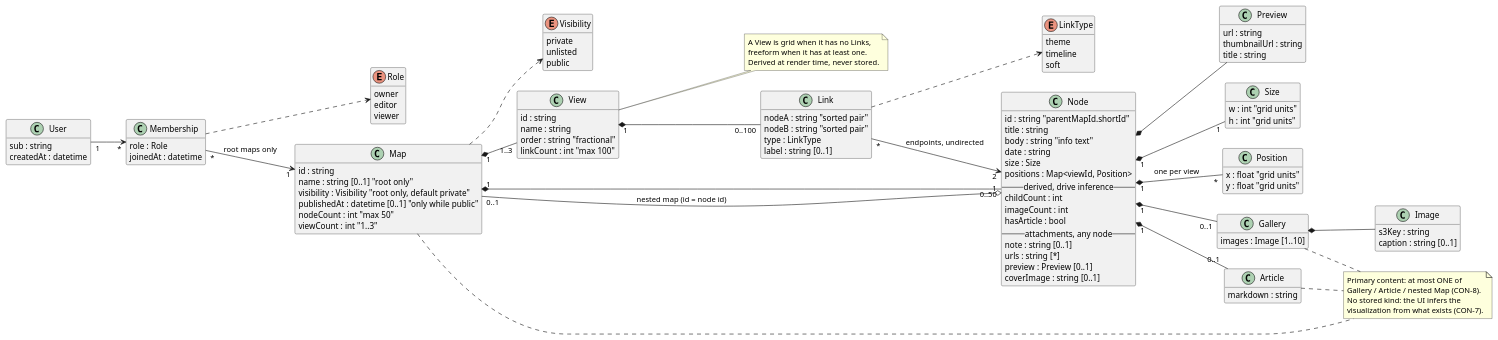
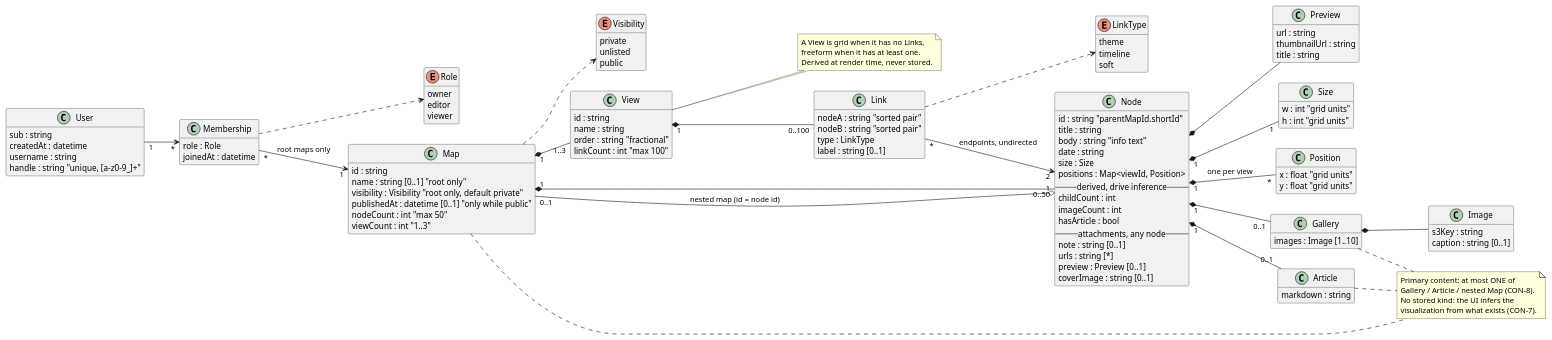
The diagram in DOC/architecture/diagrams/data_model.puml (LouayBks/spiresen-saga), drawn with PlantUML before and after one commit. The commit also changed 7 other files, not shown here.

```diff
--- a/DOC/architecture/diagrams/data_model.puml
+++ b/DOC/architecture/diagrams/data_model.puml
@@ -1,114 +1,116 @@
 @startuml data_model
 hide empty members
 skinparam classAttributeIconSize 0
 left to right direction
 
 enum Role {
   owner
   editor
   viewer
 }
 enum Visibility {
   private
   unlisted
   public
 }
 enum LinkType {
   theme
   timeline
   soft
 }
 
 class User {
   sub : string
   createdAt : datetime
+  username : string
+  handle : string "unique, [a-z0-9_]+"
 }
 class Membership {
   role : Role
   joinedAt : datetime
 }
 class Map {
   id : string
   name : string [0..1] "root only"
   visibility : Visibility "root only, default private"
   publishedAt : datetime [0..1] "only while public"
   nodeCount : int "max 50"
   viewCount : int "1..3"
 }
 class View {
   id : string
   name : string
   order : string "fractional"
   linkCount : int "max 100"
 }
 class Node {
   id : string "parentMapId.shortId"
   title : string
   body : string "info text"
   date : string
   size : Size
   positions : Map<viewId, Position>
   --derived, drive inference--
   childCount : int
   imageCount : int
   hasArticle : bool
   --attachments, any node--
   note : string [0..1]
   urls : string [*]
   preview : Preview [0..1]
   coverImage : string [0..1]
 }
 class Size {
   w : int "grid units"
   h : int "grid units"
 }
 class Position {
   x : float "grid units"
   y : float "grid units"
 }
 class Link {
   nodeA : string "sorted pair"
   nodeB : string "sorted pair"
   type : LinkType
   label : string [0..1]
 }
 class Gallery {
   images : Image [1..10]
 }
 class Article {
   markdown : string
 }
 class Image {
   s3Key : string
   caption : string [0..1]
 }
 class Preview {
   url : string
   thumbnailUrl : string
   title : string
 }
 
 note "Primary content: at most ONE of\nGallery / Article / nested Map (CON-8).\nNo stored kind: the UI infers the\nvisualization from what exists (CON-7)." as XOR
 note "A View is grid when it has no Links,\nfreeform when it has at least one.\nDerived at render time, never stored." as LAYOUT
 
 User "1" --> "*" Membership
 Membership "*" --> "1" Map : root maps only
 Map "1" *-- "1..3" View
 Map "1" *-- "0..50" Node
 View "1" *-- "0..100" Link
 Link "*" --> "2" Node : endpoints, undirected
 Node "1" *-- "1" Size
 Node "1" *-- "*" Position : one per view
 Node "1" o-- "0..1" Map : nested map (id = node id)
 Node "1" *-- "0..1" Gallery
 Node "1" *-- "0..1" Article
 Gallery *-- Image
 Node *-- Preview
 Map .. XOR
 Gallery .. XOR
 Article .. XOR
 View .. LAYOUT
 Membership ..> Role
 Map ..> Visibility
 Link ..> LinkType
 @enduml
```
